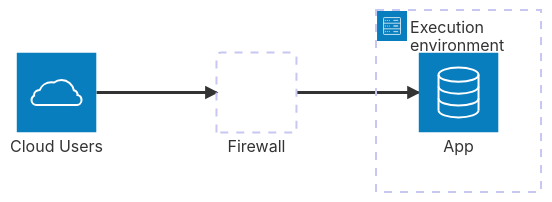
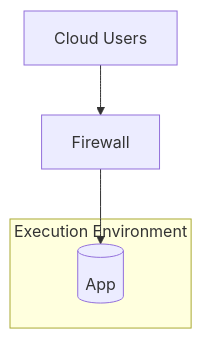
The diagram in content/book/risk/retrofitting-zero-trust-existing-application.md (pve/hugo-site-dias), drawn with Mermaid before and after one commit. The commit also changed 9 other files, not shown here.

Commit message:
tweaks for pandoc and mermaid

````diff
--- a/content/book/risk/retrofitting-zero-trust-existing-application.md
+++ b/content/book/risk/retrofitting-zero-trust-existing-application.md
@@ -13,11 +13,12 @@
 ```mermaid
-architecture-beta
-group exec(server)[Execution environment]
-    service users(cloud)[Cloud Users]
-    service fw[Firewall]
-    service app(database)[App] in exec
-
-
-    users:R --> L:fw
-    fw:R --> L:app
+flowchart TD
+    subgraph exec["Execution Environment"]
+        app[(App)]
+    end
+    
+    users[Cloud Users]
+    fw[Firewall]
+    
+    users --> fw
+    fw --> app
 ```
````
